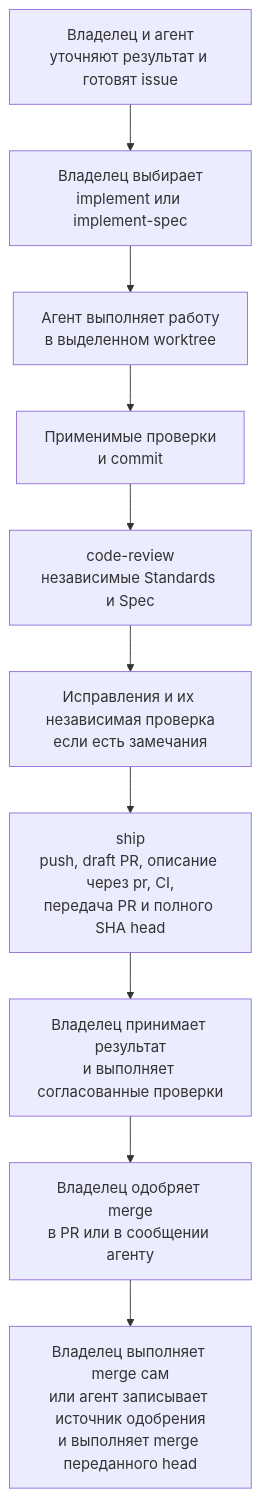
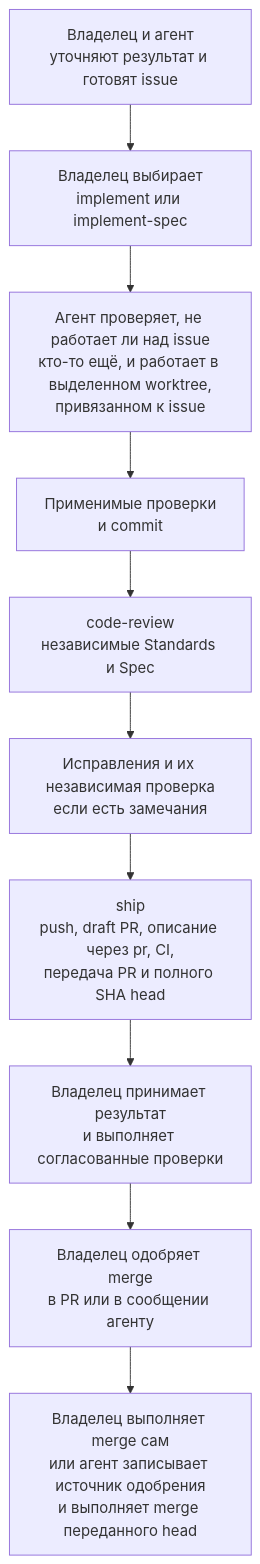
Before and after one commit to KirillSachkov/ai-first-platform: the first of 3 diagrams in docs/development-flow.md, drawn with Mermaid. The commit also changed other lines of this file and 4 other files, not shown here.

````diff
--- a/docs/development-flow.md
+++ b/docs/development-flow.md
@@ -11,12 +11,12 @@
 ```mermaid
 flowchart TD
     A["Владелец и агент<br/>уточняют результат и готовят issue"] --> B["Владелец выбирает<br/>implement или implement-spec"]
-    B --> C["Агент выполняет работу<br/>в выделенном worktree"]
+    B --> C["Агент проверяет, не работает ли над issue<br/>кто-то ещё, и работает в выделенном worktree,<br/>привязанном к issue"]
     C --> D["Применимые проверки<br/>и commit"]
     D --> E["code-review<br/>независимые Standards и Spec"]
     E --> F["Исправления и их независимая проверка<br/>если есть замечания"]
     F --> G["ship<br/>push, draft PR, описание через pr, CI,<br/>передача PR и полного SHA head"]
     G --> H["Владелец принимает результат<br/>и выполняет согласованные проверки"]
     H --> I["Владелец одобряет merge<br/>в PR или в сообщении агенту"]
     I --> J["Владелец выполняет merge сам<br/>или агент записывает источник одобрения<br/>и выполняет merge переданного head"]
 ```
````
